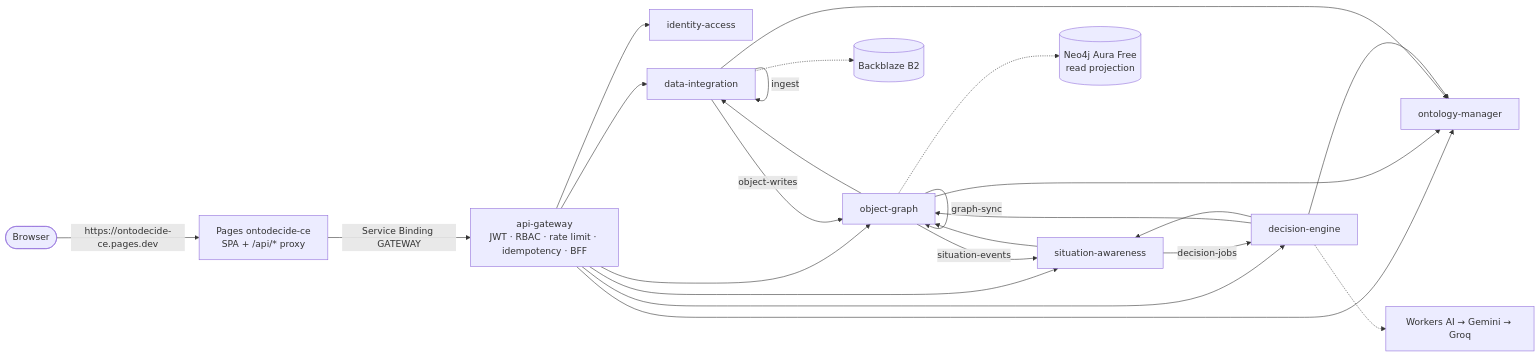
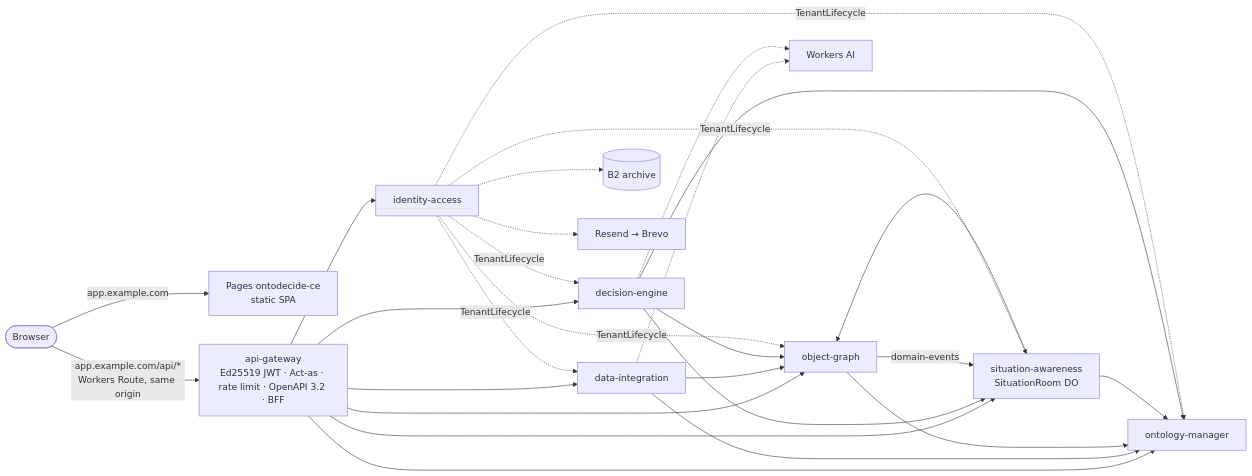
Before and after one commit to venslupro/ontodecide-ce: the diagram in README.md, drawn with Mermaid. The commit also changed other lines of this file and 878 other files, not shown here.

First line of the commit message:
refactor(MASTER): Rebuild as Community Edition V2.4 (e-mail trials, archive & purge, same-origin gateway) (#75)

````diff
--- a/README.md
+++ b/README.md
@@ -18,26 +19,25 @@
 ```mermaid
 flowchart LR
-  B([Browser]) -->|https://ontodecide-ce.pages.dev| P[Pages ontodecide-ce<br/>SPA + /api/* proxy]
-  P -->|Service Binding GATEWAY| G[api-gateway<br/>JWT · RBAC · rate limit · idempotency · BFF]
+  B([Browser]) -->|app.example.com| P[Pages ontodecide-ce<br/>static SPA]
+  B -->|app.example.com/api/*<br/>Workers Route, same origin| G[api-gateway<br/>Ed25519 JWT · Act-as · rate limit · OpenAPI 3.2 · BFF]
   G --> I[identity-access]
   G --> O[ontology-manager]
   G --> D[data-integration]
   G --> OG[object-graph]
-  G --> S[situation-awareness]
+  G --> S[situation-awareness<br/>SituationRoom DO]
   G --> DE[decision-engine]
-  D -- ingest --> D
-  D -- object-writes --> OG
-  OG -- graph-sync --> OG
-  OG -- situation-events --> S
-  S -- decision-jobs --> DE
+  D --> O
+  D --> OG
   OG --> O
-  OG --> D
-  D --> O
   S --> OG
+  S --> O
   DE --> OG
   DE --> S
   DE --> O
-  OG -.-> N[(Neo4j Aura Free<br/>read projection)]
-  D -.-> B2[(Backblaze B2)]
-  DE -.-> AI[Workers AI → Gemini → Groq]
+  OG -- domain-events --> S
+  I -. TenantLifecycle .-> O & D & OG & S & DE
+  I -.-> B2[(B2 archive)]
+  I -.-> M[Resend → Brevo]
+  D -.-> AI[Workers AI]
+  DE -.-> AI
 ```
````
